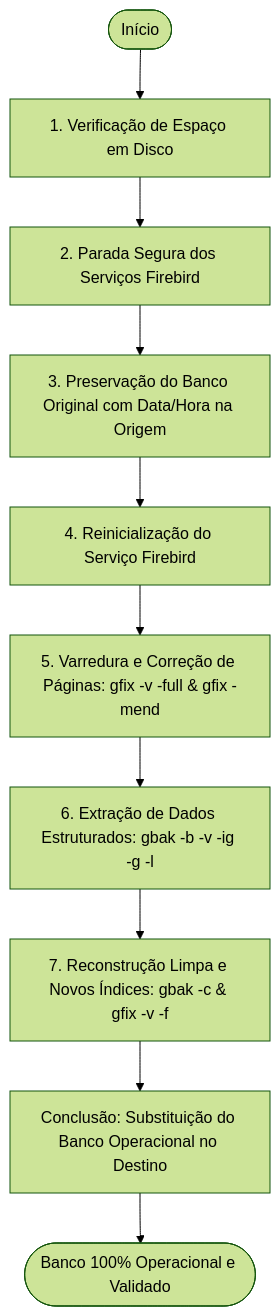
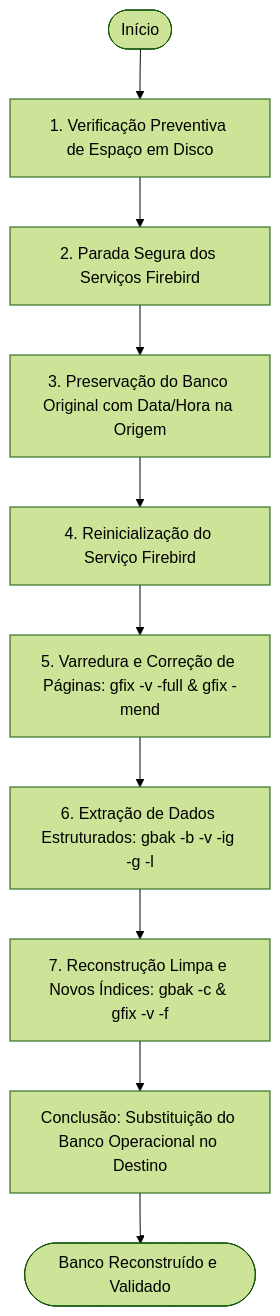
The second of 2 diagrams in README.md (jhoneandrade/recup-firebird), drawn with Mermaid (forest theme) before and after one commit. The commit also changed other lines of this file and 7 other files, not shown here.

````diff
--- a/README.md
+++ b/README.md
@@ -96,12 +122,12 @@
 ```mermaid
 flowchart TD
-    Start([Início]) --> CheckDisk[1. Verificação de Espaço em Disco]
+    Start([Início]) --> CheckDisk[1. Verificação Preventiva de Espaço em Disco]
     CheckDisk --> StopSvc[2. Parada Segura dos Serviços Firebird]
     StopSvc --> BkpOrig[3. Preservação do Banco Original com Data/Hora na Origem]
     BkpOrig --> StartSvc[4. Reinicialização do Serviço Firebird]
     StartSvc --> GfixMend[5. Varredura e Correção de Páginas: gfix -v -full & gfix -mend]
     GfixMend --> GbakBkp[6. Extração de Dados Estruturados: gbak -b -v -ig -g -l]
     GbakBkp --> GbakRest[7. Reconstrução Limpa e Novos Índices: gbak -c & gfix -v -f]
     GbakRest --> ReplaceOk[Conclusão: Substituição do Banco Operacional no Destino]
-    ReplaceOk --> End([Banco 100% Operacional e Validado])
+    ReplaceOk --> End([Banco Reconstruído e Validado])
 ```
````
